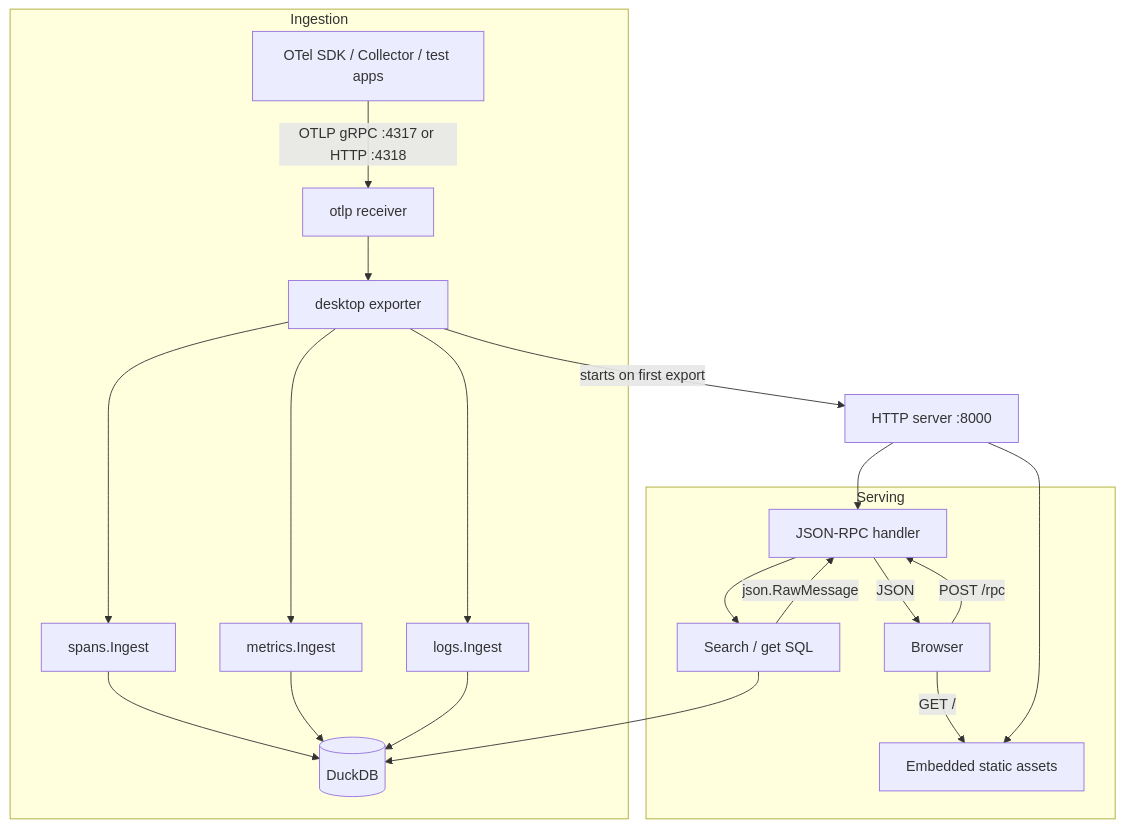
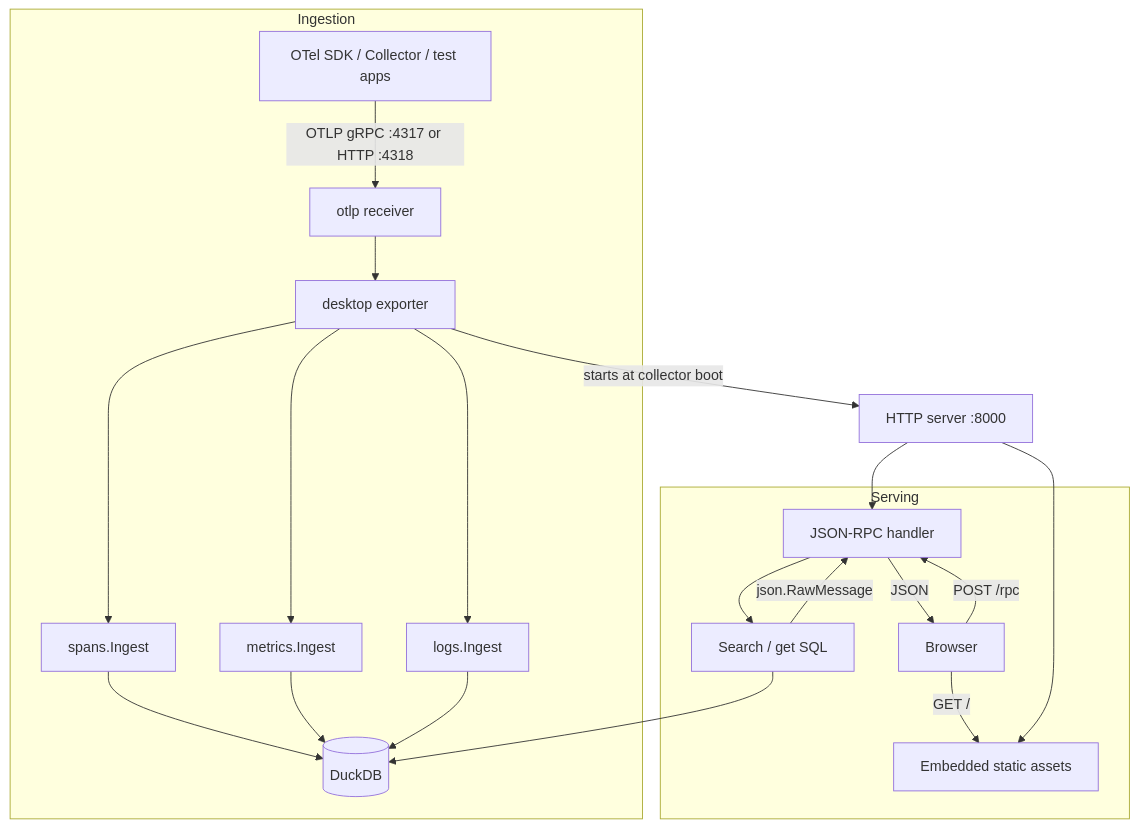
Before and after one commit to CtrlSpice/otel-desktop-viewer: the diagram in ARCHITECTURE.md, drawn with Mermaid. The commit also changed other lines of this file, not shown here.

First line of the commit message:
Document retention, wire types, lifecycle, and other ARCHITECTURE drift

````diff
--- a/ARCHITECTURE.md
+++ b/ARCHITECTURE.md
@@ -9,26 +9,26 @@
 ```mermaid
 flowchart TB
   subgraph ingest [Ingestion]
     SDK[OTel SDK / Collector / test apps] -->|OTLP gRPC :4317 or HTTP :4318| OTLP[otlp receiver]
     OTLP --> Desktop[desktop exporter]
     Desktop --> Spans[spans.Ingest]
     Desktop --> Metrics[metrics.Ingest]
     Desktop --> Logs[logs.Ingest]
     Spans --> DuckDB[(DuckDB)]
     Metrics --> DuckDB
     Logs --> DuckDB
   end
 
   subgraph serve [Serving]
     Browser[Browser] -->|GET /| Static[Embedded static assets]
     Browser -->|POST /rpc| RPC[JSON-RPC handler]
     RPC --> Query[Search / get SQL]
     Query --> DuckDB
     Query -->|json.RawMessage| RPC
     RPC -->|JSON| Browser
   end
 
-  Desktop -->|starts on first export| HTTP[HTTP server :8000]
+  Desktop -->|starts at collector boot| HTTP[HTTP server :8000]
   HTTP --> Static
   HTTP --> RPC
 ```
````
